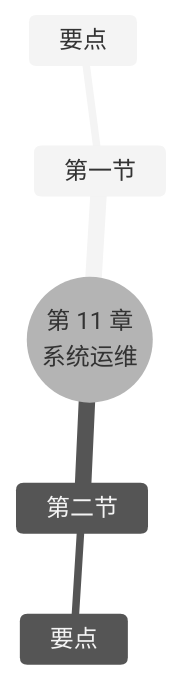
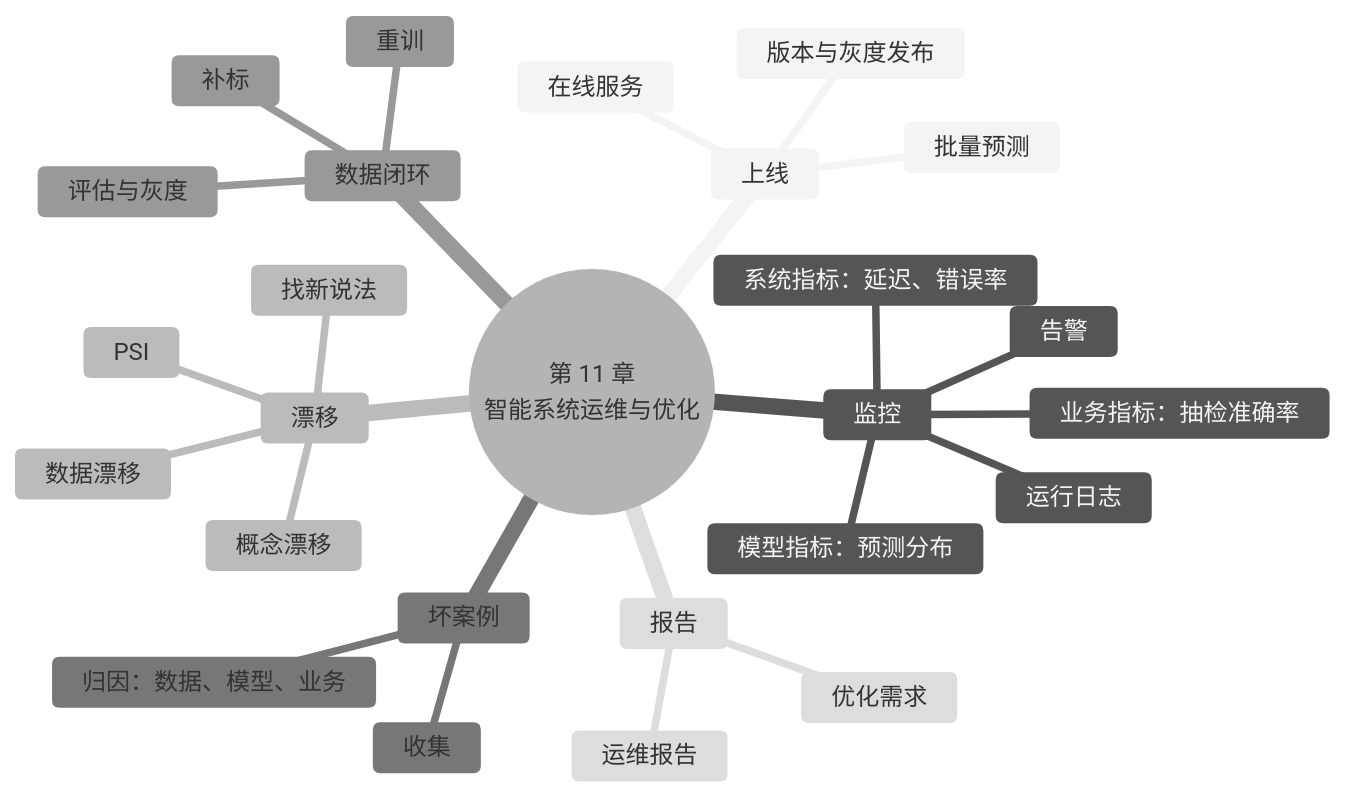
The second of 2 diagrams in docs/chapters/11-operations/index.md (MingziFu9/ai-data-analysis), drawn with Mermaid (neutral theme) before and after one commit. The commit also changed other lines of this file and 15 other files, not shown here.

First line of the commit message:
第 11 章：智能系统运维与优化（正文、3 个实验、动画“数据漂移与 PSI”、18 个术语）；修正第 9 章限流小节号

````diff
--- a/docs/chapters/11-operations/index.md
+++ b/docs/chapters/11-operations/index.md
@@ -188,8 +561,29 @@
 ```mermaid
 mindmap
-  root((第 11 章<br/>系统运维))
-    第一节
-      要点
-    第二节
-      要点
+  root((第 11 章<br/>智能系统运维与优化))
+    上线
+      批量预测
+      在线服务
+      版本与灰度发布
+    监控
+      运行日志
+      系统指标：延迟、错误率
+      模型指标：预测分布
+      业务指标：抽检准确率
+      告警
+    漂移
+      数据漂移
+      概念漂移
+      PSI
+      找新说法
+    坏案例
+      收集
+      归因：数据、模型、业务
+    数据闭环
+      补标
+      重训
+      评估与灰度
+    报告
+      运维报告
+      优化需求
 ```
````
